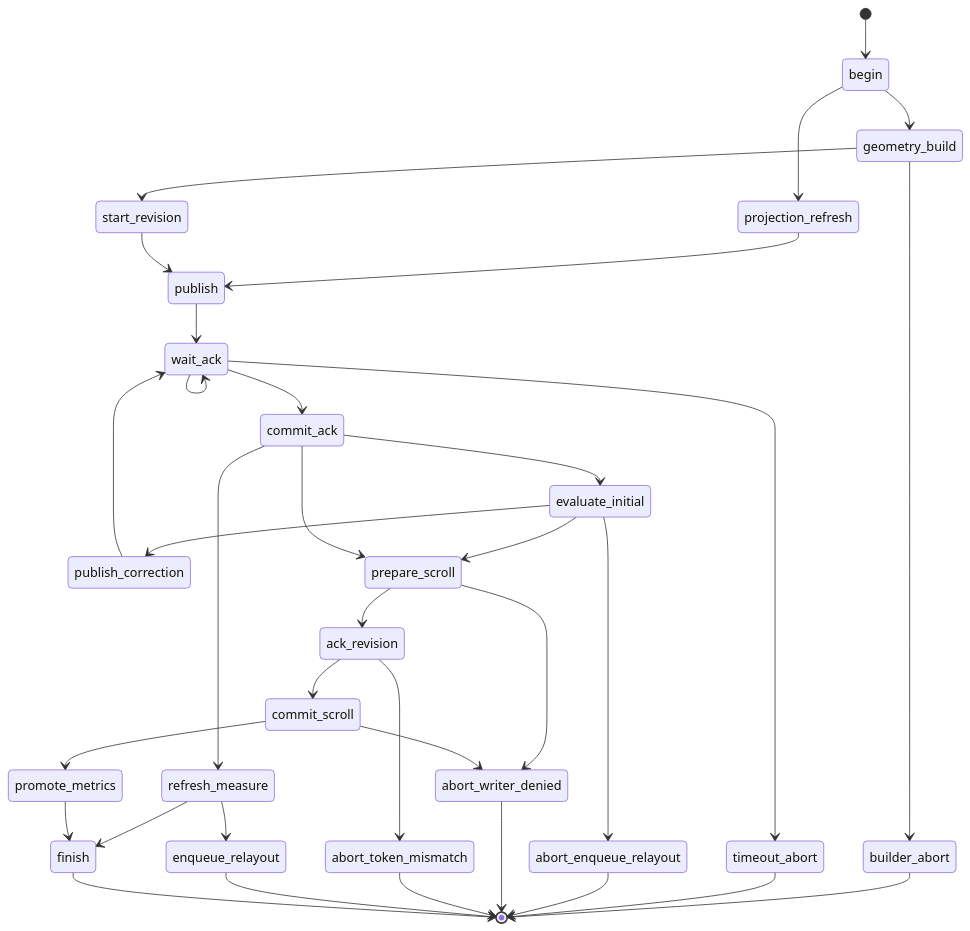
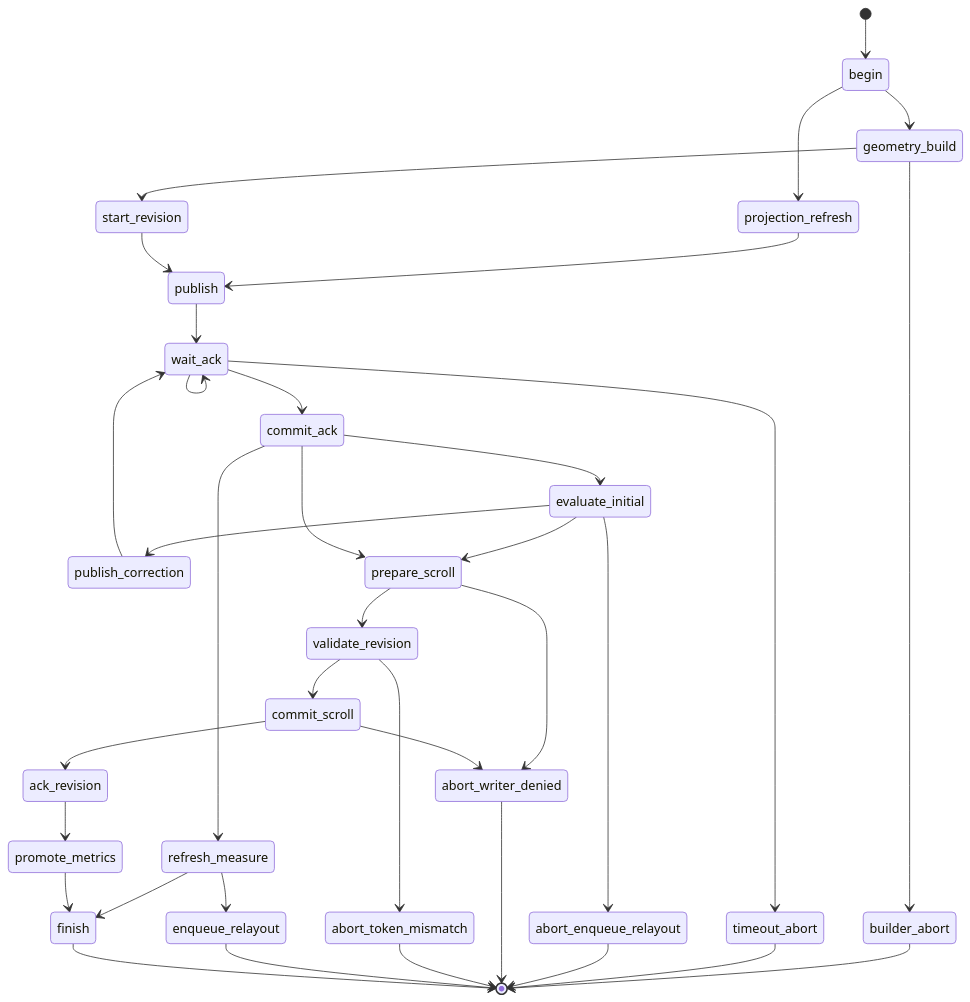
The third of 20 diagrams in docs/architecture/runtime-next-state-machines.md (LouisGo/XMessageList), drawn with Mermaid before and after one commit. The commit also changed other lines of this file and 18 other files, not shown here.

````diff
--- a/docs/architecture/runtime-next-state-machines.md
+++ b/docs/architecture/runtime-next-state-machines.md
@@ -68,43 +68,44 @@
 ```mermaid
 stateDiagram-v2
     [*] --> begin
     begin --> projection_refresh
     begin --> geometry_build
 
     projection_refresh --> publish
     geometry_build --> builder_abort
     geometry_build --> start_revision
     start_revision --> publish
 
     publish --> wait_ack
     wait_ack --> wait_ack
     wait_ack --> timeout_abort
     wait_ack --> commit_ack
 
     commit_ack --> refresh_measure
     refresh_measure --> enqueue_relayout
     refresh_measure --> finish
 
     commit_ack --> evaluate_initial
     evaluate_initial --> publish_correction
     publish_correction --> wait_ack
     evaluate_initial --> abort_enqueue_relayout
     evaluate_initial --> prepare_scroll
 
     commit_ack --> prepare_scroll
     prepare_scroll --> abort_writer_denied
-    prepare_scroll --> ack_revision
-    ack_revision --> abort_token_mismatch
-    ack_revision --> commit_scroll
+    prepare_scroll --> validate_revision
+    validate_revision --> abort_token_mismatch
+    validate_revision --> commit_scroll
     commit_scroll --> abort_writer_denied
-    commit_scroll --> promote_metrics
+    commit_scroll --> ack_revision
+    ack_revision --> promote_metrics
     promote_metrics --> finish
 
     builder_abort --> [*]
     timeout_abort --> [*]
     abort_enqueue_relayout --> [*]
     abort_writer_denied --> [*]
     abort_token_mismatch --> [*]
     enqueue_relayout --> [*]
     finish --> [*]
 ```
````
